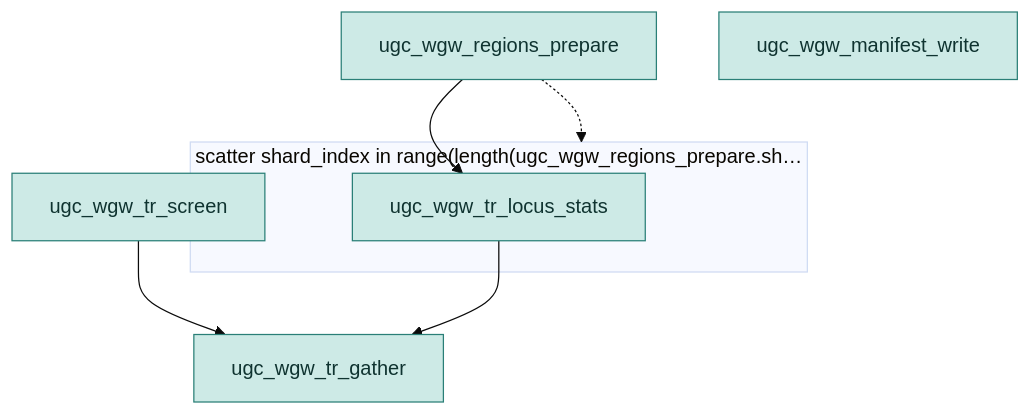
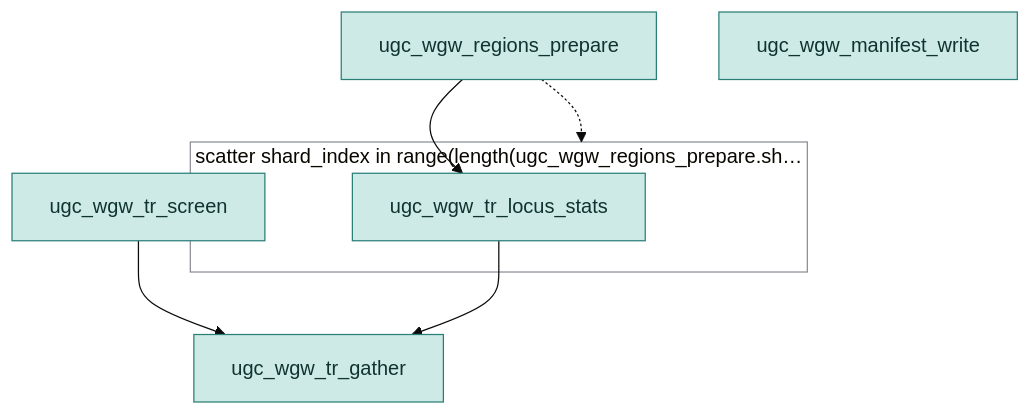
One commit to UppsalaGenomeCenter/ugc-wgw changed the ninth of 13 diagrams in docs/guide/workflow-graphs.md. Above: the diagram before and after it, drawn with Mermaid (base theme). The commit also changed other lines of this file and 19 other files, not shown here.

````diff
--- a/docs/guide/workflow-graphs.md
+++ b/docs/guide/workflow-graphs.md
@@ -617,15 +634,17 @@
 ```mermaid
 flowchart TD
   n1["ugc_wgw_tr_screen"]:::o
   n2["ugc_wgw_regions_prepare"]:::o
   subgraph s1["scatter shard_index in range(length(ugc_wgw_regions_prepare.sh…"]
     n3["ugc_wgw_tr_locus_stats"]:::o
   end
   n4["ugc_wgw_tr_gather"]:::o
   n5["ugc_wgw_manifest_write"]:::o
   n1 --> n4
   n2 --> n3
   n2 -.-> s1
   n3 --> n4
   classDef o fill:#cdeae6,stroke:#2a7f77,color:#0f3330
+  classDef b fill:none,stroke:#8a8f95
+  class s1 b
 ```
````
